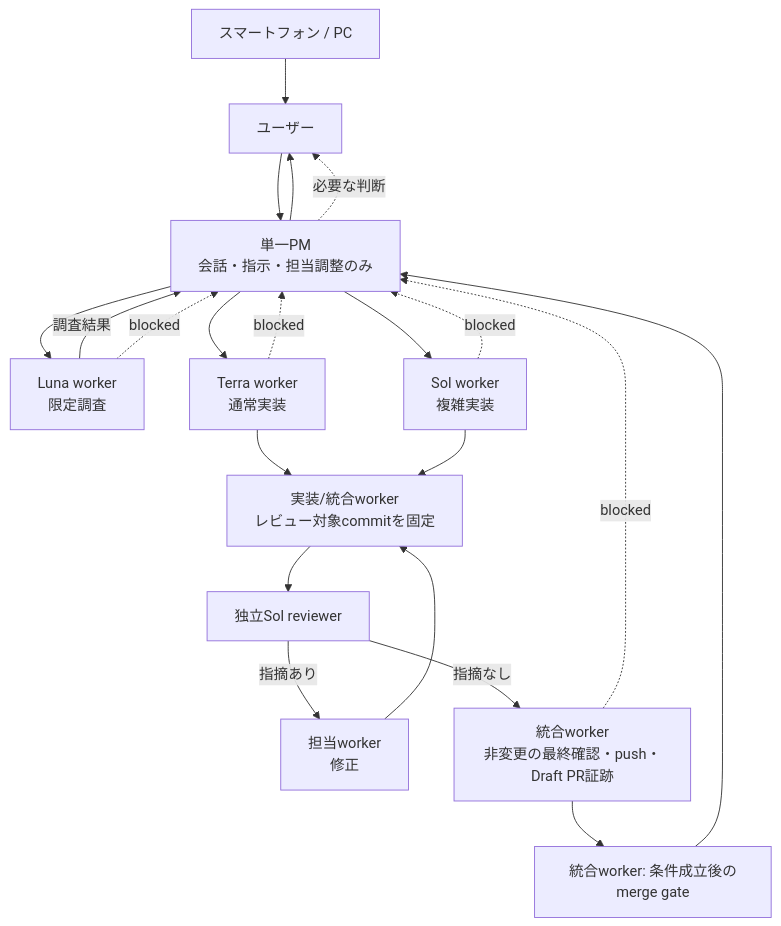
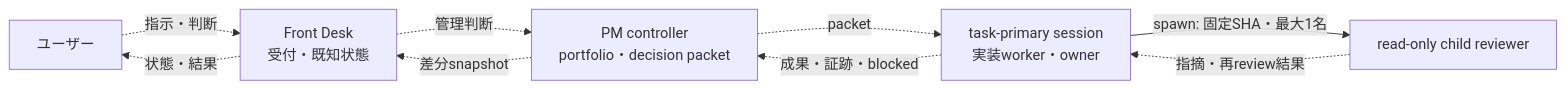
One commit to yomote/agent-world changed the diagram in docs/runbooks/pm-workflow.md. Above: the diagram before and after it, drawn with Mermaid. The commit also changed other lines of this file and 2 other files, not shown here.

Commit message:
docs: task-primaryのセッション構成と完遂責務を明確化

````diff
--- a/docs/runbooks/pm-workflow.md
+++ b/docs/runbooks/pm-workflow.md
@@ -22,23 +29,11 @@
 ```mermaid
-flowchart TD
-  Device[スマートフォン / PC] --> User[ユーザー]
-  User --> PM[単一PM<br/>会話・指示・担当調整のみ]
-  PM --> Luna[Luna worker<br/>限定調査]
-  PM --> Terra[Terra worker<br/>通常実装]
-  PM --> Sol[Sol worker<br/>複雑実装]
-  Luna -->|調査結果| PM
-  Terra --> Commit[実装/統合worker<br/>レビュー対象commitを固定]
-  Sol --> Commit
-  Commit --> Review[独立Sol reviewer]
-  Review -->|指摘あり| Fix[担当worker<br/>修正]
-  Fix --> Commit
-  Review -->|指摘なし| Integrate[統合worker<br/>非変更の最終確認・push・Draft PR証跡]
-  Integrate --> Gate[統合worker: 条件成立後のmerge gate]
-  Gate --> PM
-  PM --> User
-  Luna -. blocked .-> PM
-  Terra -. blocked .-> PM
-  Sol -. blocked .-> PM
-  Integrate -. blocked .-> PM
-  PM -. 必要な判断 .-> User
+flowchart LR
+  User[ユーザー] -. 指示・判断 .-> Front[Front Desk<br/>受付・既知状態]
+  Front -. 管理判断 .-> PM[PM controller<br/>portfolio・decision packet]
+  PM -. packet .-> Primary[task-primary session<br/>実装worker・owner]
+  Primary -. 成果・証跡・blocked .-> PM
+  PM -. 差分snapshot .-> Front
+  Front -. 状態・結果 .-> User
+  Primary -->|spawn: 固定SHA・最大1名| Review[read-only child reviewer]
+  Review -. 指摘・再review結果 .-> Primary
 ```
````
